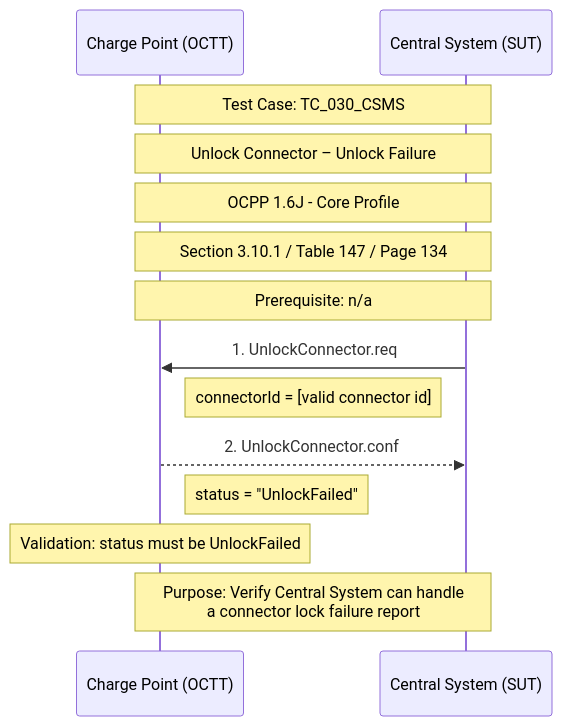
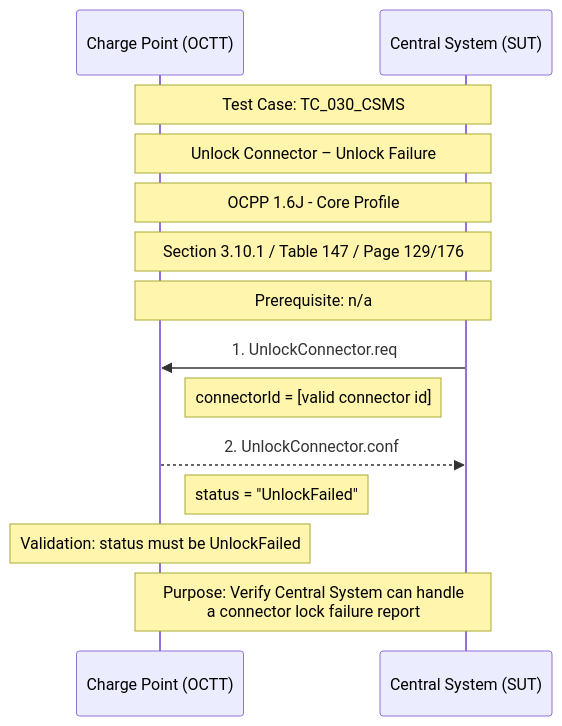
The diagram in 1.6/test_tc_030_csms.mermaid (tzi-app/tzi-OCTT), drawn with Mermaid before and after one commit. The commit also changed 173 other files, not shown here.

```diff
--- a/1.6/test_tc_030_csms.mermaid
+++ b/1.6/test_tc_030_csms.mermaid
@@ -1,18 +1,18 @@
 sequenceDiagram
     participant CP as Charge Point (OCTT)
     participant CS as Central System (SUT)
 
     Note over CP,CS: Test Case: TC_030_CSMS
     Note over CP,CS: Unlock Connector – Unlock Failure
     Note over CP,CS: OCPP 1.6J - Core Profile
-    Note over CP,CS: Section 3.10.1 / Table 147 / Page 134
+    Note over CP,CS: Section 3.10.1 / Table 147 / Page 129/176
     Note over CP,CS: Prerequisite: n/a
 
     CS->>CP: 1. UnlockConnector.req
     Note left of CS: connectorId = [valid connector id]
 
     CP-->>CS: 2. UnlockConnector.conf
     Note right of CP: status = "UnlockFailed"
     Note over CP: Validation: status must be UnlockFailed
 
     Note over CP,CS: Purpose: Verify Central System can handle<br/>a connector lock failure report
```
